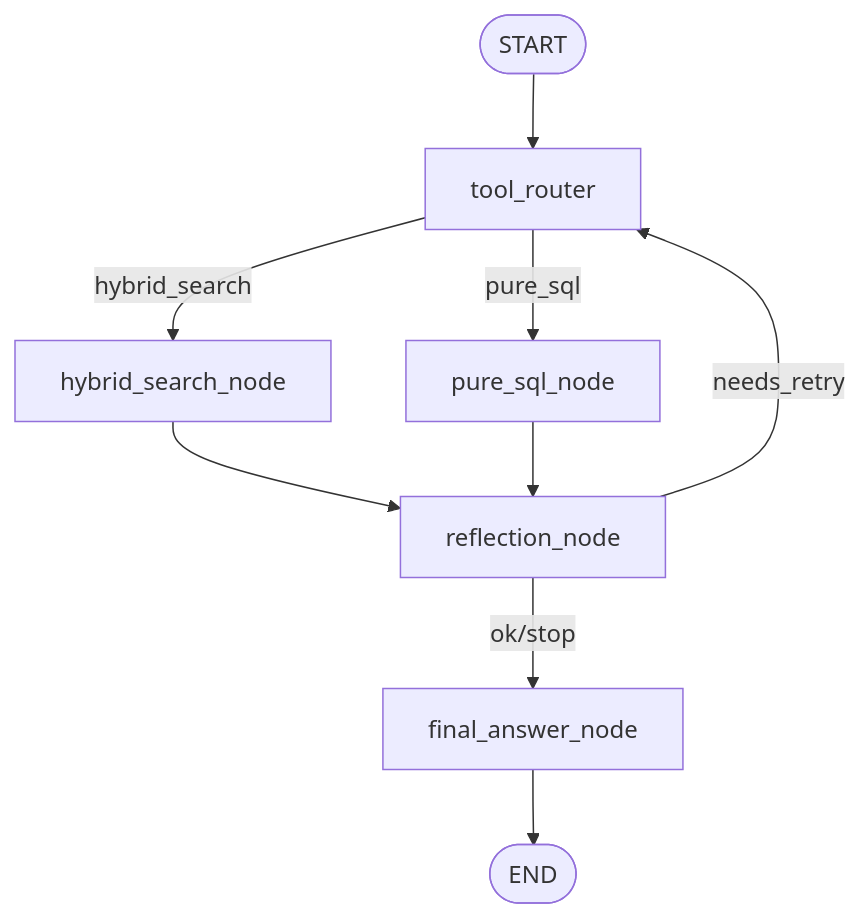
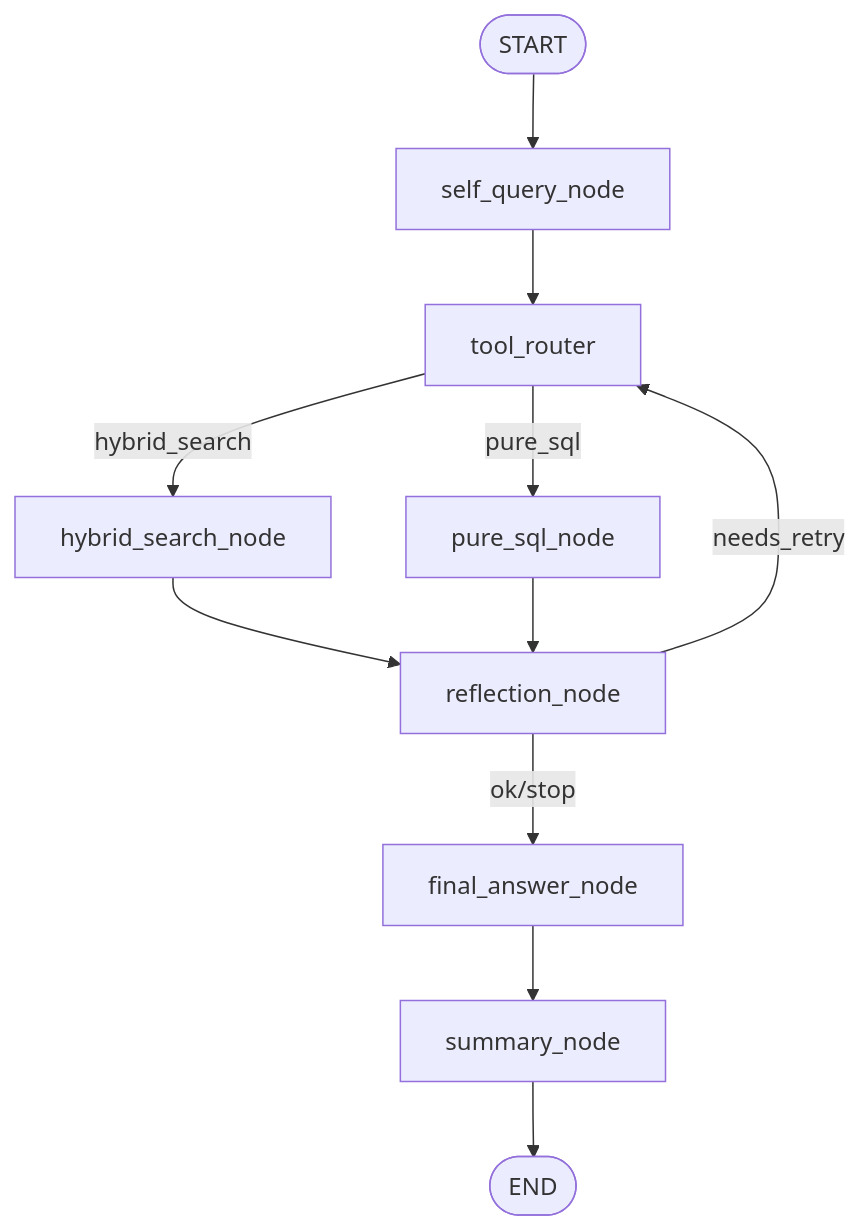
One commit to TheBestCapstone/CS32-1-surveillance-video-query-llm changed the second of 2 diagrams in agent/graph_structure.md. Above: the diagram before and after it, drawn with Mermaid. The commit also changed other lines of this file and 27 other files, not shown here.

````diff
--- a/agent/graph_structure.md
+++ b/agent/graph_structure.md
@@ -3,11 +17,13 @@
 ```mermaid
 graph TD
-    START([START]) --> tool_router
+    START([START]) --> self_query_node
+    self_query_node --> tool_router
     tool_router -->|hybrid_search| hybrid_search_node
     tool_router -->|pure_sql| pure_sql_node
     hybrid_search_node --> reflection_node
     pure_sql_node --> reflection_node
     reflection_node -->|needs_retry| tool_router
     reflection_node -->|ok/stop| final_answer_node
-    final_answer_node --> END([END])
+    final_answer_node --> summary_node
+    summary_node --> END([END])
 ```
````
